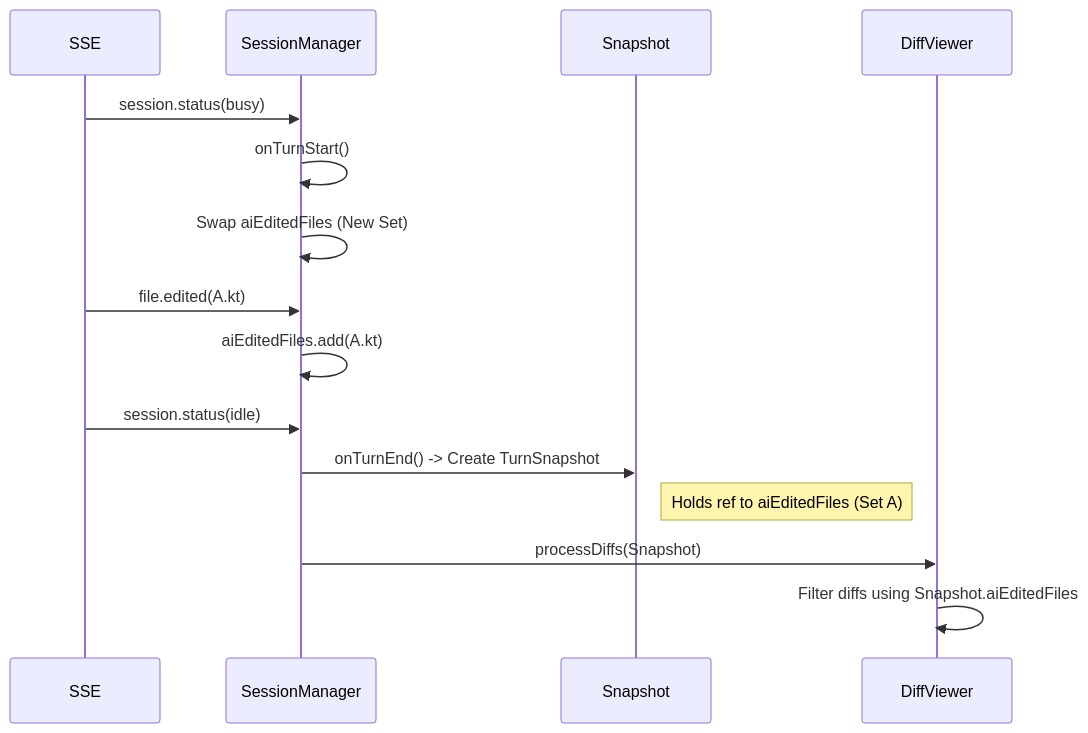
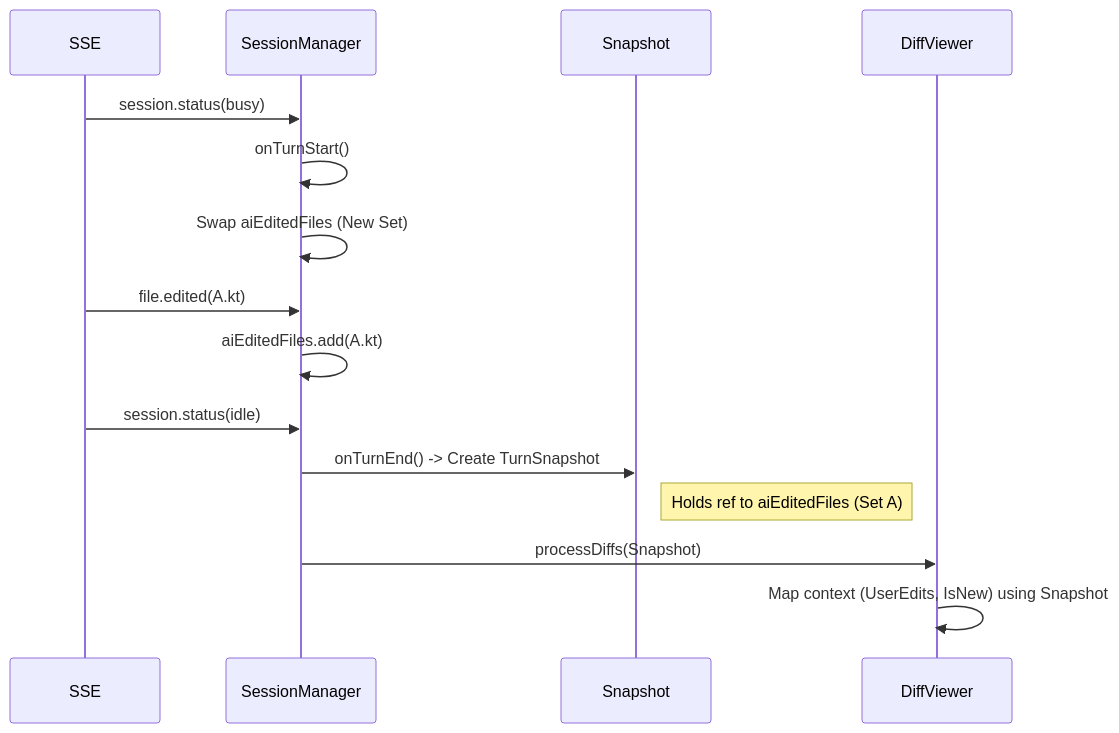
One commit to LaiZhou/OpenCode_UI changed the diagram in designDocs/testing_strategy.md. Above: the diagram before and after it, drawn with Mermaid. The commit also changed other lines of this file and 3 other files, not shown here.

````diff
--- a/designDocs/testing_strategy.md
+++ b/designDocs/testing_strategy.md
@@ -67,21 +67,21 @@
 ```mermaid
 sequenceDiagram
     participant SSE
     participant SessionManager
     participant Snapshot
     participant DiffViewer
 
     SSE->>SessionManager: session.status(busy)
     SessionManager->>SessionManager: onTurnStart()
     SessionManager->>SessionManager: Swap aiEditedFiles (New Set)
     
     SSE->>SessionManager: file.edited(A.kt)
     SessionManager->>SessionManager: aiEditedFiles.add(A.kt)
     
     SSE->>SessionManager: session.status(idle)
     SessionManager->>Snapshot: onTurnEnd() -> Create TurnSnapshot
     Note right of Snapshot: Holds ref to aiEditedFiles (Set A)
     
     SessionManager->>DiffViewer: processDiffs(Snapshot)
-    DiffViewer->>DiffViewer: Filter diffs using Snapshot.aiEditedFiles
+    DiffViewer->>DiffViewer: Map context (UserEdits, IsNew) using Snapshot
 ```
````
